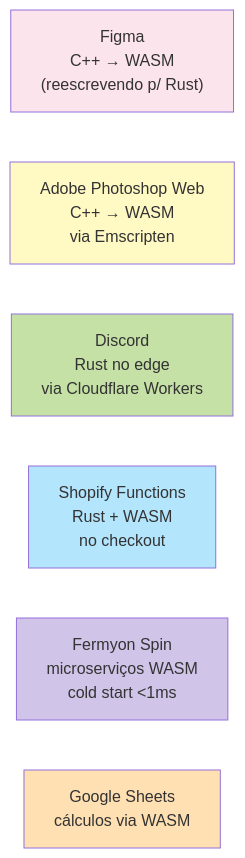
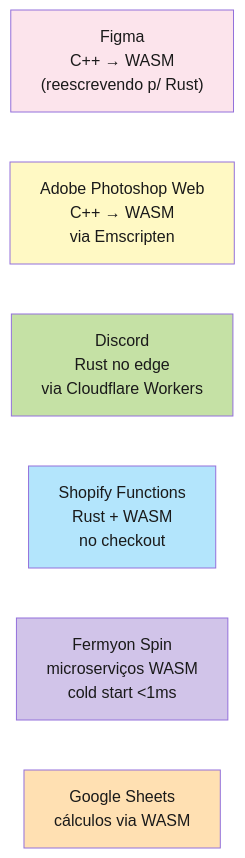
One commit to Felipeness/ferro-e-espirito changed the diagram in book/part-18-applications/ch52-wasm.md. Above: the diagram before and after it, drawn with Mermaid. The commit also changed 56 other files, not shown here.

First line of the commit message:
fix: contraste de texto em diagramas mermaid

````diff
--- a/book/part-18-applications/ch52-wasm.md
+++ b/book/part-18-applications/ch52-wasm.md
@@ -195,16 +195,16 @@
 ```mermaid
 graph LR
     Figma["Figma<br/>C++ → WASM<br/>(reescrevendo p/ Rust)"]
     AdobePS["Adobe Photoshop Web<br/>C++ → WASM<br/>via Emscripten"]
     Discord["Discord<br/>Rust no edge<br/>via Cloudflare Workers"]
     Shopify["Shopify Functions<br/>Rust + WASM<br/>no checkout"]
     Fermyon["Fermyon Spin<br/>microserviços WASM<br/>cold start <1ms"]
     GoogleSheets["Google Sheets<br/>cálculos via WASM"]
 
-    style Figma fill:#fce4ec
-    style AdobePS fill:#fff9c4
-    style Discord fill:#c5e1a5
-    style Shopify fill:#b3e5fc
-    style Fermyon fill:#d1c4e9
-    style GoogleSheets fill:#ffe0b2
+    style Figma fill:#fce4ec,color:#1a1a1a
+    style AdobePS fill:#fff9c4,color:#1a1a1a
+    style Discord fill:#c5e1a5,color:#1a1a1a
+    style Shopify fill:#b3e5fc,color:#1a1a1a
+    style Fermyon fill:#d1c4e9,color:#1a1a1a
+    style GoogleSheets fill:#ffe0b2,color:#1a1a1a
 ```
````
